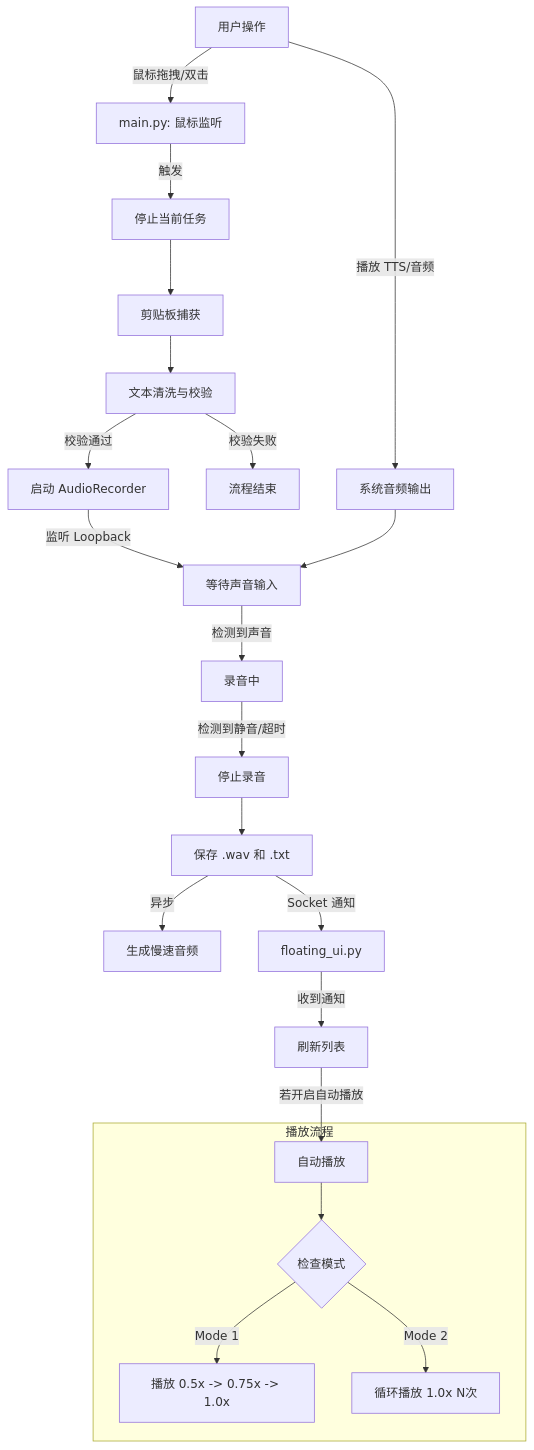
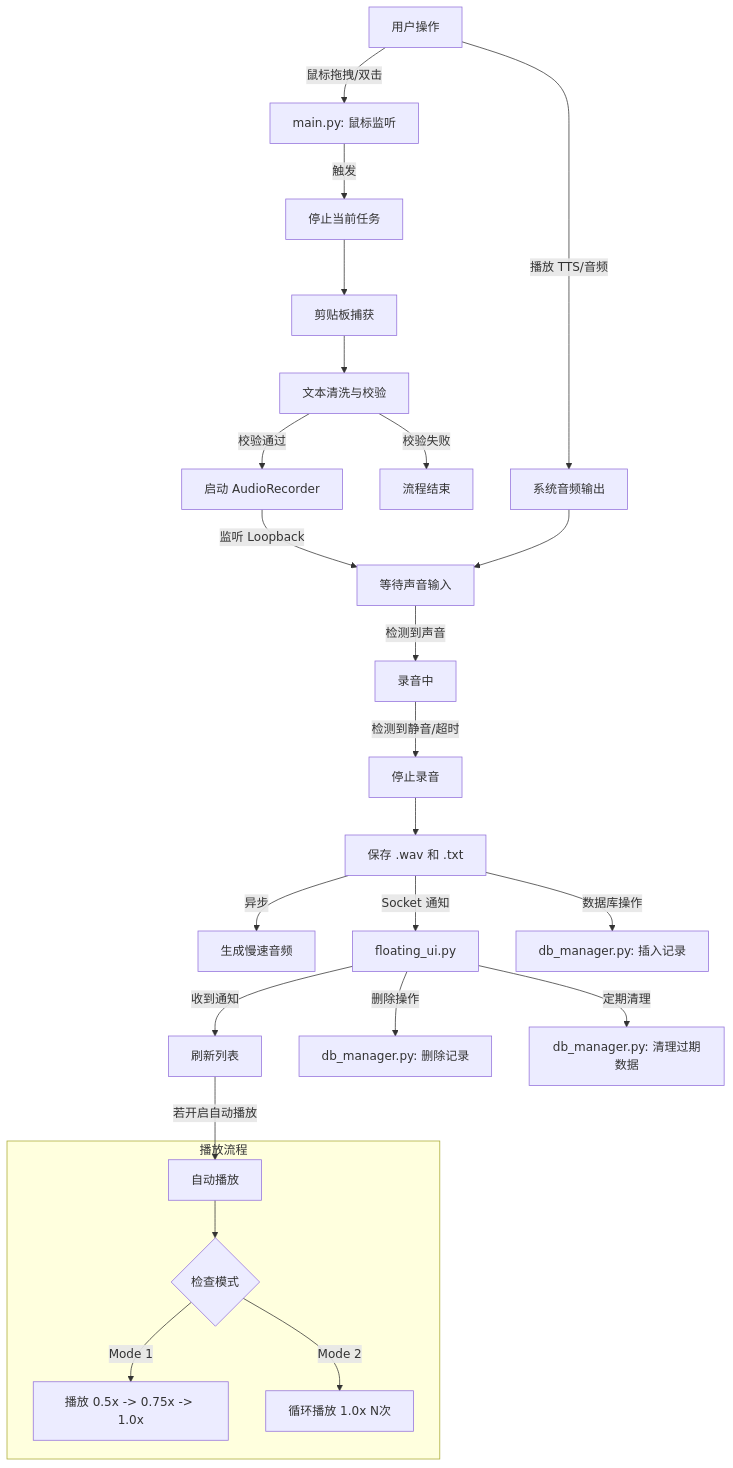
The diagram in project_overview.md (DongPo562/2026newReadingI), drawn with Mermaid before and after one commit. The commit also changed other lines of this file and 17 other files, not shown here.

````diff
--- a/project_overview.md
+++ b/project_overview.md
@@ -114,29 +141,33 @@
 ```mermaid
 graph TD
     User[用户操作] -->|鼠标拖拽/双击| MouseHook[main.py: 鼠标监听]
     MouseHook -->|触发| TriggerHandler[停止当前任务]
     TriggerHandler --> Clipboard[剪贴板捕获]
     Clipboard --> TextProc[文本清洗与校验]
     TextProc -->|校验通过| Recorder[启动 AudioRecorder]
     TextProc -->|校验失败| End[流程结束]
     
     Recorder -->|监听 Loopback| WaitSound[等待声音输入]
     User -->|播放 TTS/音频| SystemAudio[系统音频输出]
     SystemAudio --> WaitSound
     
     WaitSound -->|检测到声音| Recording[录音中]
     Recording -->|检测到静音/超时| StopRecord[停止录音]
     
     StopRecord --> SaveFiles[保存 .wav 和 .txt]
     SaveFiles -->|异步| FFmpeg[生成慢速音频]
     SaveFiles -->|Socket 通知| UI[floating_ui.py]
+    SaveFiles -->|数据库操作| DB[db_manager.py: 插入记录]
     
     UI -->|收到通知| RefreshList[刷新列表]
     RefreshList -->|若开启自动播放| AutoPlay[自动播放]
     
     subgraph 播放流程
     AutoPlay --> ModeCheck{检查模式}
     ModeCheck -->|Mode 1| PlaySlow[播放 0.5x -> 0.75x -> 1.0x]
     ModeCheck -->|Mode 2| PlayLoop[循环播放 1.0x N次]
     end
+    
+    UI -->|删除操作| DBDelete[db_manager.py: 删除记录]
+    UI -->|定期清理| DBCleanup[db_manager.py: 清理过期数据]
 ```
````
